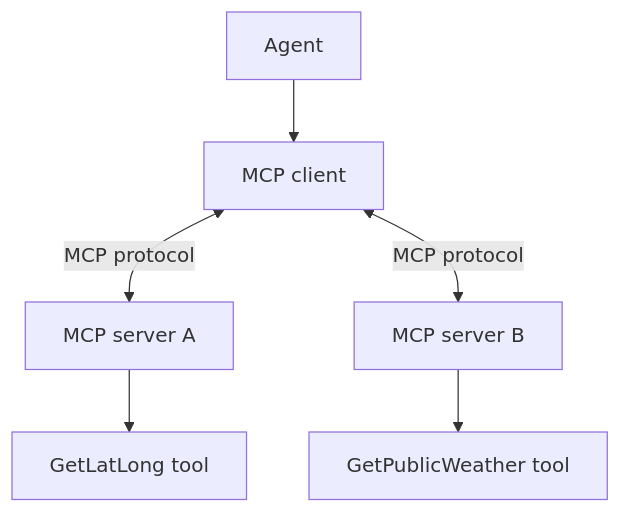
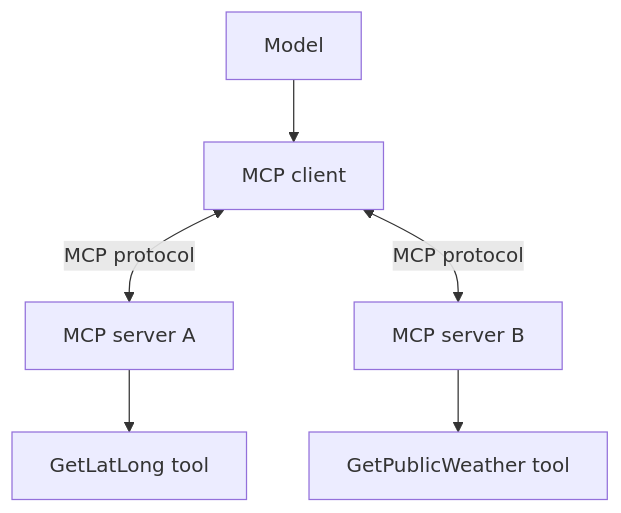
Diagram 15 of 33 in docs/4-demystifying-foundry-agents-mcp/demystifying-foundry-agents-mcp.md (dustinkorzaan/weather-1116), drawn with Mermaid before and after one commit. The commit also changed other lines of this file, not shown here.

First line of the commit message:
Fix section 8 MCP diagrams to show Model calling MCP client

````diff
--- a/docs/4-demystifying-foundry-agents-mcp/demystifying-foundry-agents-mcp.md
+++ b/docs/4-demystifying-foundry-agents-mcp/demystifying-foundry-agents-mcp.md
@@ -330,8 +330,8 @@
 ```mermaid
 flowchart TD
-    AG[Agent] --> MC[MCP client]
+    M[Model] --> MC[MCP client]
     MC <-->|MCP protocol| S1[MCP server A]
     MC <-->|MCP protocol| S2[MCP server B]
     S1 --> T1[GetLatLong tool]
     S2 --> T2[GetPublicWeather tool]
 ```
````
